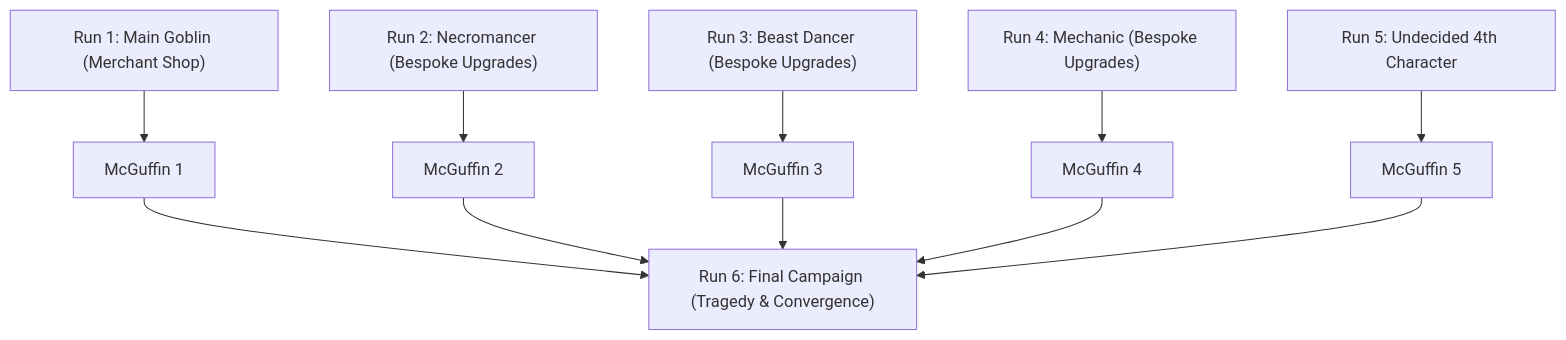
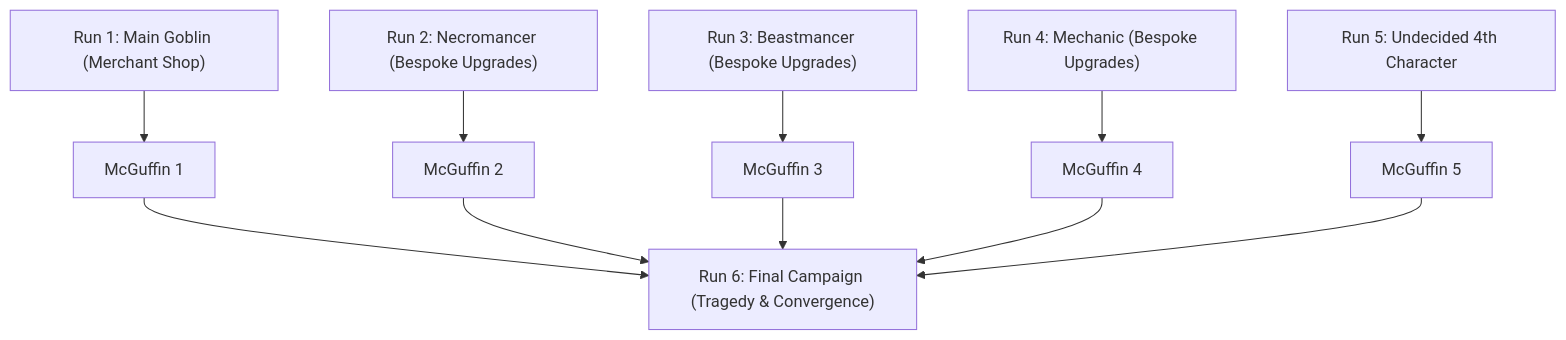
The diagram in docs/ROADMAP.md (foxhollowgames/Goblin-Cannon), drawn with Mermaid before and after one commit. The commit also changed other lines of this file and 2 other files, not shown here.

Commit message:
docs: update Beast Dancer to Beastmancer with monster/animal mechanic focus

````diff
--- a/docs/ROADMAP.md
+++ b/docs/ROADMAP.md
@@ -36,9 +36,9 @@
 ```mermaid
 flowchart TD
   R1["Run 1: Main Goblin (Merchant Shop)"] --> M1["McGuffin 1"]
   R2["Run 2: Necromancer (Bespoke Upgrades)"] --> M2["McGuffin 2"]
-  R3["Run 3: Beast Dancer (Bespoke Upgrades)"] --> M3["McGuffin 3"]
+  R3["Run 3: Beastmancer (Bespoke Upgrades)"] --> M3["McGuffin 3"]
   R4["Run 4: Mechanic (Bespoke Upgrades)"] --> M4["McGuffin 4"]
   R5["Run 5: Undecided 4th Character"] --> M5["McGuffin 5"]
   M1 & M2 & M3 & M4 & M5 --> R6["Run 6: Final Campaign (Tragedy & Convergence)"]
 ```
````
